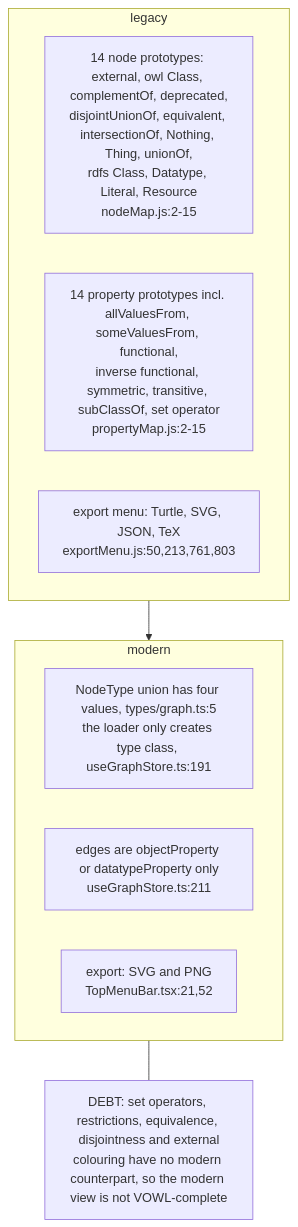
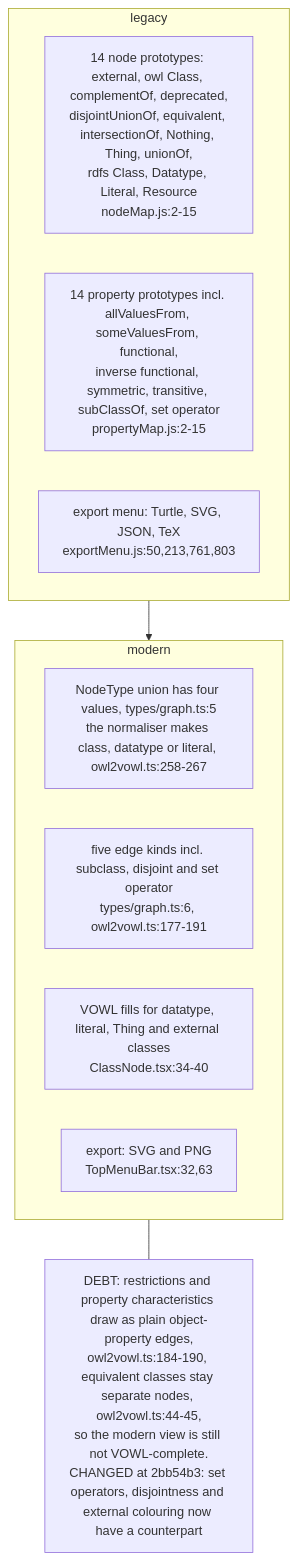
One commit to DreamLab-AI/VisionFlow changed the fourth of 6 diagrams in docs/diagrams/wasmvowl/05-legacy-webvowl.md. Above: the diagram before and after it, drawn with Mermaid. The commit also changed other lines of this file and 4 other files, not shown here.

First line of the commit message:
docs(diagrams): wasmvowl re-verified at WasmVOWL 2bb54b3 (NggExplorer layout, camera, CI)

````diff
--- a/docs/diagrams/wasmvowl/05-legacy-webvowl.md
+++ b/docs/diagrams/wasmvowl/05-legacy-webvowl.md
@@ -97,16 +99,17 @@
 ```mermaid
 flowchart TB
     subgraph L["legacy"]
         LN["14 node prototypes: external, owl Class, complementOf, deprecated,<br/>disjointUnionOf, equivalent, intersectionOf, Nothing, Thing, unionOf,<br/>rdfs Class, Datatype, Literal, Resource<br/>nodeMap.js:2-15"]
         LP["14 property prototypes incl. allValuesFrom, someValuesFrom, functional,<br/>inverse functional, symmetric, transitive, subClassOf, set operator<br/>propertyMap.js:2-15"]
         LE["export menu: Turtle, SVG, JSON, TeX<br/>exportMenu.js:50,213,761,803"]
     end
     subgraph M["modern"]
-        MN["NodeType union has four values, types/graph.ts:5<br/>the loader only creates type class, useGraphStore.ts:191"]
-        MP["edges are objectProperty or datatypeProperty only<br/>useGraphStore.ts:211"]
-        ME["export: SVG and PNG<br/>TopMenuBar.tsx:21,52"]
+        MN["NodeType union has four values, types/graph.ts:5<br/>the normaliser makes class, datatype or literal, owl2vowl.ts:258-267"]
+        MP["five edge kinds incl. subclass, disjoint and set operator<br/>types/graph.ts:6, owl2vowl.ts:177-191"]
+        MF["VOWL fills for datatype, literal, Thing and external classes<br/>ClassNode.tsx:34-40"]
+        ME["export: SVG and PNG<br/>TopMenuBar.tsx:32,63"]
     end
     L --> M
-    GAP["DEBT: set operators, restrictions, equivalence, disjointness and external<br/>colouring have no modern counterpart, so the modern view is not VOWL-complete"]
+    GAP["DEBT: restrictions and property characteristics draw as plain object-property edges,<br/>owl2vowl.ts:184-190, equivalent classes stay separate nodes, owl2vowl.ts:44-45,<br/>so the modern view is still not VOWL-complete.<br/>CHANGED at 2bb54b3: set operators, disjointness and external colouring now have a counterpart"]
     M --- GAP
 ```
````
